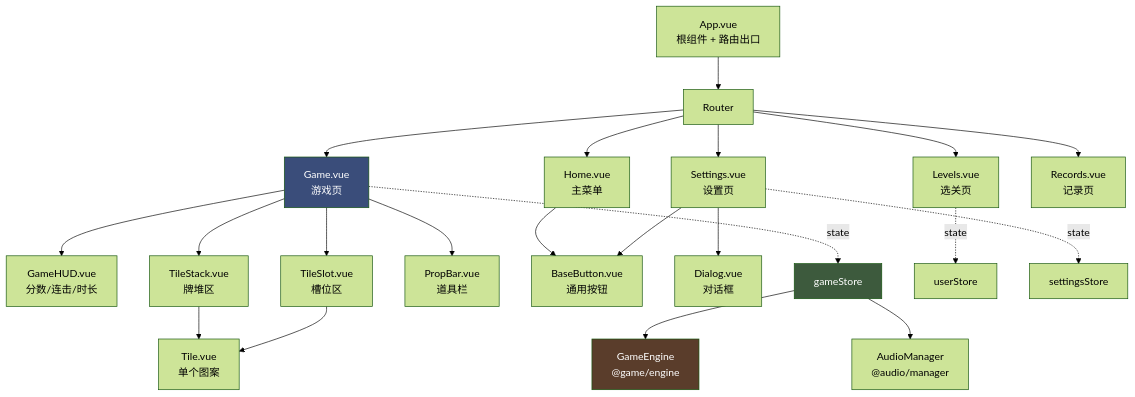
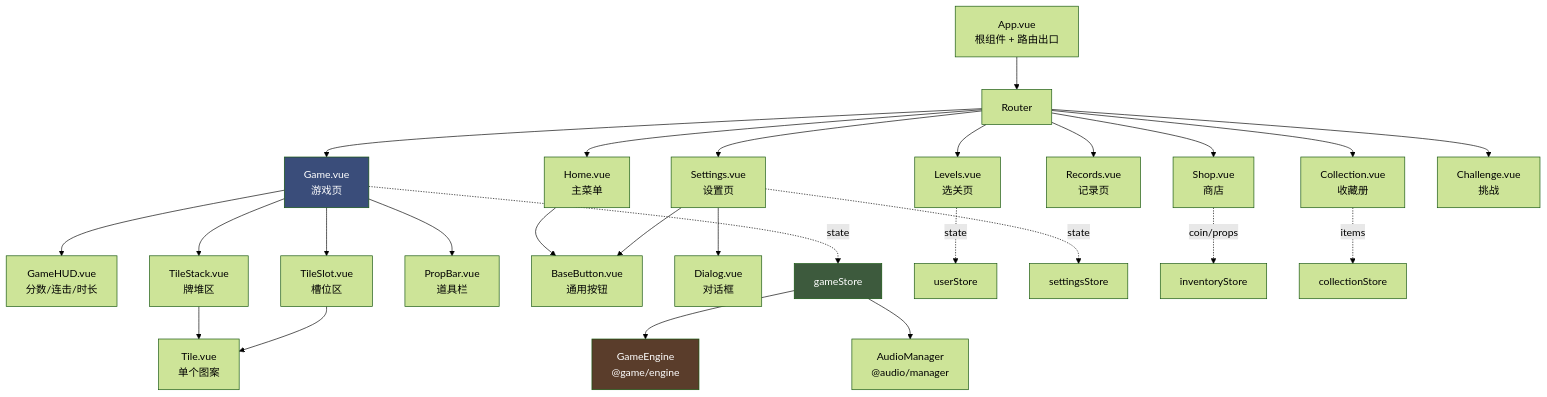
Diagram 13 of 35 in ARCHITECTURE.md (lbh1nb/BeastGame), drawn with Mermaid (forest theme) before and after one commit. The commit also changed other lines of this file and 2 other files, not shown here.

````diff
--- a/ARCHITECTURE.md
+++ b/ARCHITECTURE.md
@@ -397,32 +419,37 @@
 ```mermaid
 flowchart TD
     App["App.vue<br/>根组件 + 路由出口"] --> Router
     Router --> Home["Home.vue<br/>主菜单"]
     Router --> Game["Game.vue<br/>游戏页"]
     Router --> Levels["Levels.vue<br/>选关页"]
     Router --> Settings["Settings.vue<br/>设置页"]
     Router --> Records["Records.vue<br/>记录页"]
+    Router --> Shop["Shop.vue<br/>商店"]
+    Router --> Collection["Collection.vue<br/>收藏册"]
+    Router --> Challenge["Challenge.vue<br/>挑战"]
 
     Game --> HUD["GameHUD.vue<br/>分数/连击/时长"]
     Game --> Stack["TileStack.vue<br/>牌堆区"]
     Game --> Slot["TileSlot.vue<br/>槽位区"]
     Game --> Prop["PropBar.vue<br/>道具栏"]
 
     Stack --> Tile["Tile.vue<br/>单个图案"]
     Slot --> Tile
 
     Home --> Btn["BaseButton.vue<br/>通用按钮"]
     Settings --> Btn
     Settings --> Dlg["Dialog.vue<br/>对话框"]
 
     Game -.->|state| StoreGame["gameStore"]
     Levels -.->|state| StoreUser["userStore"]
     Settings -.->|state| StoreSet["settingsStore"]
+    Shop -.->|coin/props| StoreInv["inventoryStore"]
+    Collection -.->|items| StoreCol["collectionStore"]
 
     StoreGame --> Engine["GameEngine<br/>@game/engine"]
     StoreGame --> Audio["AudioManager<br/>@audio/manager"]
 
     style Game fill:#3a4d7a,color:#ffffff
     style Engine fill:#5a3d2b,color:#ffffff
     style StoreGame fill:#3d5a3d,color:#ffffff
 ```
````
